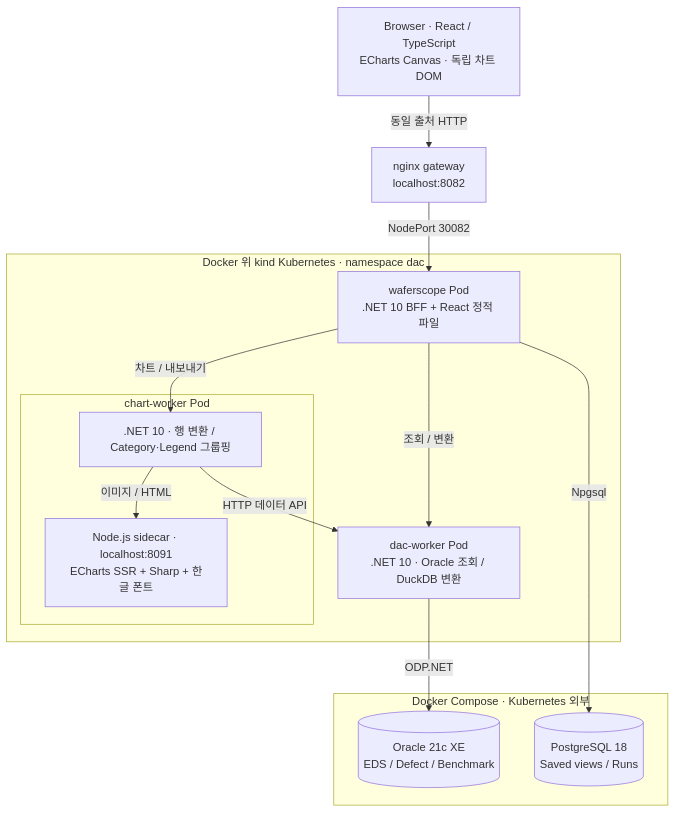
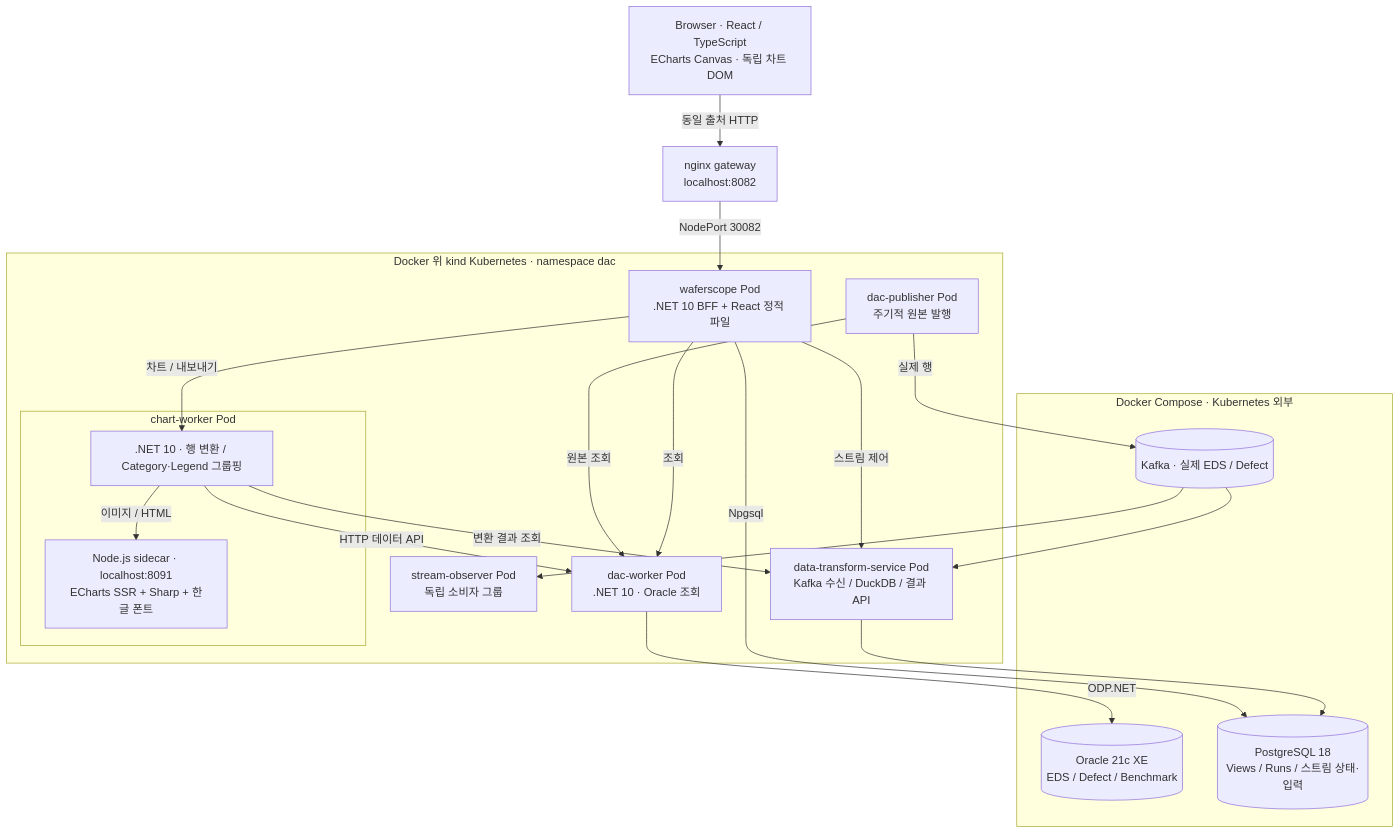
The diagram in README.md (amuro33/dac-duckdb), drawn with Mermaid before and after one commit. The commit also changed other lines of this file and 63 other files, not shown here.

First line of the commit message:
Separate DuckDB transforms and deliver actual datasets through Kafka

````diff
--- a/README.md
+++ b/README.md
@@ -40,25 +41,36 @@
 ```mermaid
 flowchart TB
   browser["Browser · React / TypeScript<br/>ECharts Canvas · 독립 차트 DOM"]
   gateway["nginx gateway<br/>localhost:8082"]
   subgraph cluster["Docker 위 kind Kubernetes · namespace dac"]
     portal["waferscope Pod<br/>.NET 10 BFF + React 정적 파일"]
-    dac["dac-worker Pod<br/>.NET 10 · Oracle 조회 / DuckDB 변환"]
+    dac["dac-worker Pod<br/>.NET 10 · Oracle 조회"]
+    transform["data-transform-service Pod<br/>Kafka 수신 / DuckDB / 결과 API"]
+    publisher["dac-publisher Pod<br/>주기적 원본 발행"]
+    observer["stream-observer Pod<br/>독립 소비자 그룹"]
     subgraph chartpod["chart-worker Pod"]
       chart[".NET 10 · 행 변환 / Category·Legend 그룹핑"]
       renderer["Node.js sidecar · localhost:8091<br/>ECharts SSR + Sharp + 한글 폰트"]
     end
   end
   subgraph databases["Docker Compose · Kubernetes 외부"]
     oracle[("Oracle 21c XE<br/>EDS / Defect / Benchmark")]
-    postgres[("PostgreSQL 18<br/>Saved views / Runs")]
+    postgres[("PostgreSQL 18<br/>Views / Runs / 스트림 상태·입력")]
+    kafka[("Kafka · 실제 EDS / Defect")]
   end
   browser -->|"동일 출처 HTTP"| gateway
   gateway -->|"NodePort 30082"| portal
-  portal -->|"조회 / 변환"| dac
+  portal -->|"조회"| dac
+  portal -->|"스트림 제어"| transform
+  publisher -->|"원본 조회"| dac
+  publisher -->|"실제 행"| kafka
+  kafka --> transform
+  kafka --> observer
+  transform --> postgres
+  chart -->|"변환 결과 조회"| transform
   portal -->|"차트 / 내보내기"| chart
   chart -->|"HTTP 데이터 API"| dac
   chart -->|"이미지 / HTML"| renderer
   dac -->|"ODP.NET"| oracle
   portal -->|"Npgsql"| postgres
 ```
````
